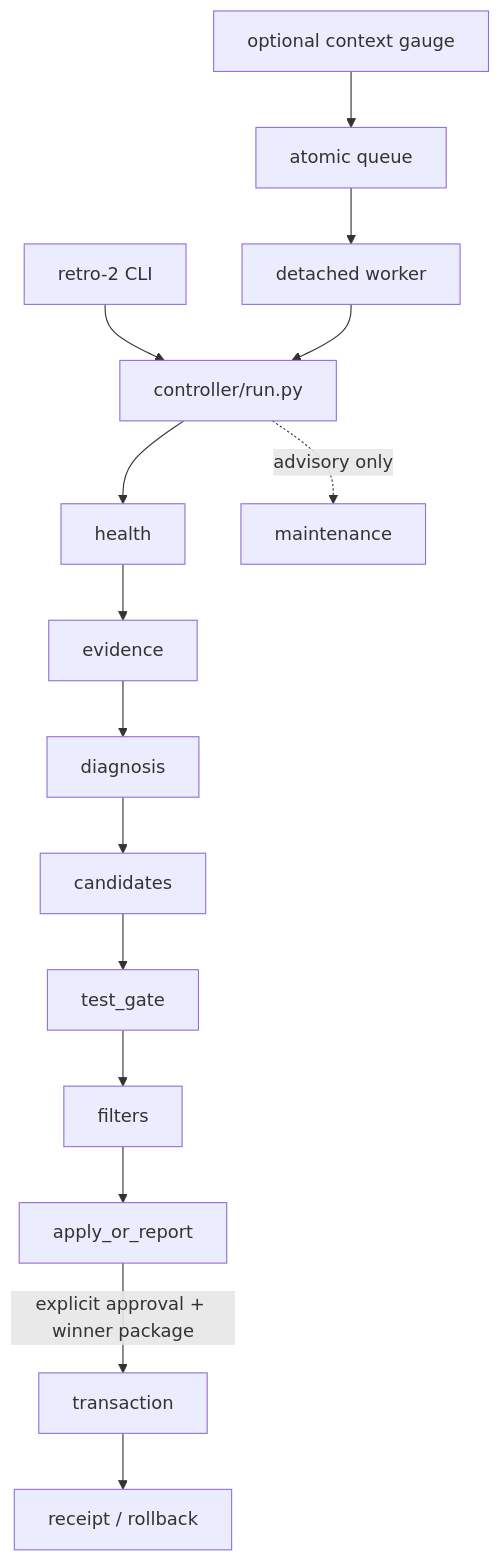
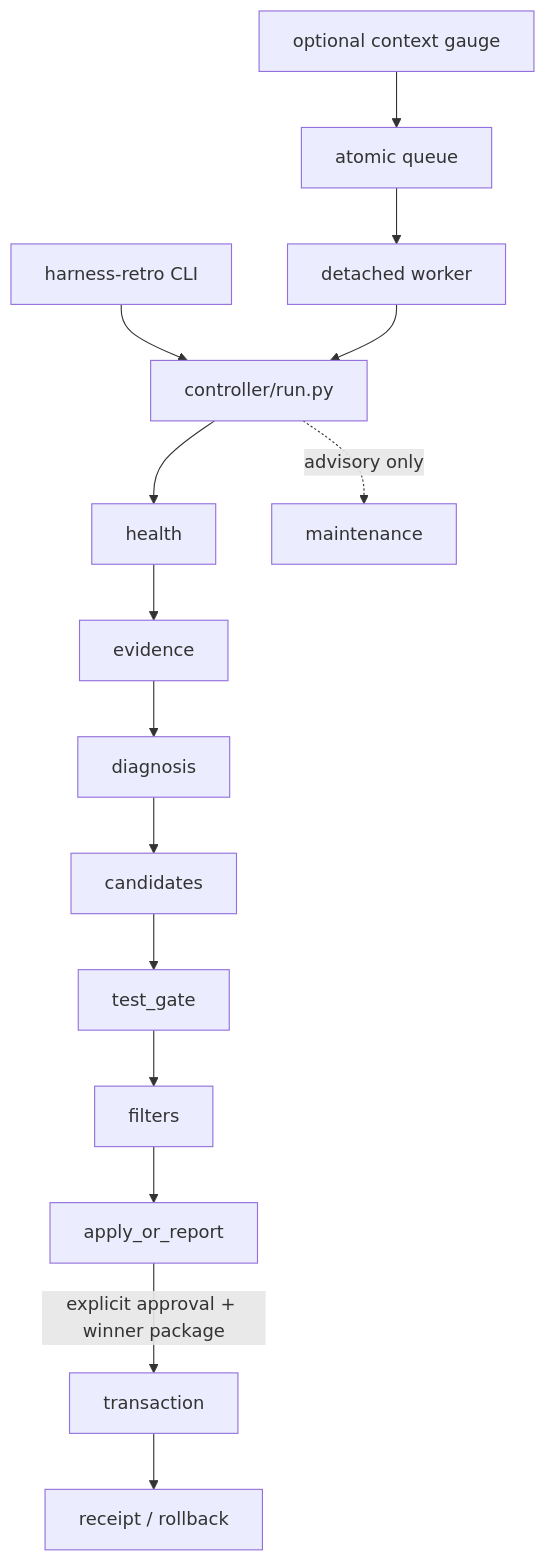
Before and after one commit to zealchou/harness-retro: the diagram in docs/architecture.md, drawn with Mermaid. The commit also changed other lines of this file and 11 other files, not shown here.

Commit message:
Rename project to harness-retro; fill license, security and discussion links

````diff
--- a/docs/architecture.md
+++ b/docs/architecture.md
@@ -11,18 +11,18 @@
 ```mermaid
 flowchart TD
-    CLI[retro-2 CLI] --> CTRL[controller/run.py]
+    CLI[harness-retro CLI] --> CTRL[controller/run.py]
     GAUGE[optional context gauge] --> Q[atomic queue]
     Q --> W[detached worker]
     W --> CTRL
 
     CTRL --> H[health]
     H --> E[evidence]
     E --> D[diagnosis]
     D --> C[candidates]
     C --> T[test_gate]
     T --> F[filters]
     F --> A[apply_or_report]
     A -->|explicit approval + winner package| TX[transaction]
     TX --> R[receipt / rollback]
     CTRL -. advisory only .-> M[maintenance]
 ```
````
